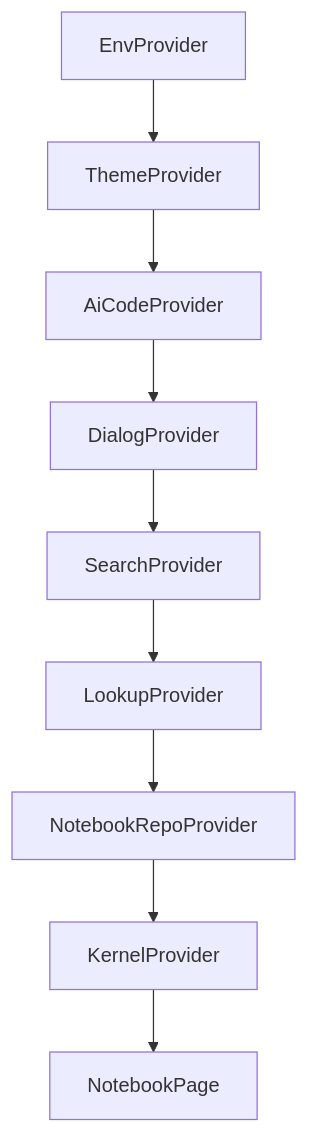
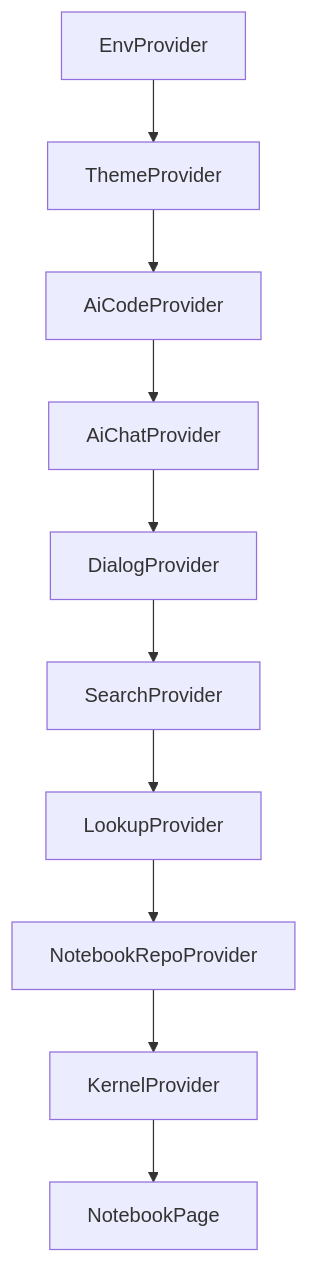
One commit to Cribl-Community/CC-notebook-app changed the second of 3 diagrams in docs/NAVIGATE.md. Above: the diagram before and after it, drawn with Mermaid. The commit also changed other lines of this file and 8 other files, not shown here.

````diff
--- a/docs/NAVIGATE.md
+++ b/docs/NAVIGATE.md
@@ -35,13 +35,14 @@
 ```mermaid
 flowchart TB
   E["EnvProvider"]
   T["ThemeProvider"]
   AC["AiCodeProvider"]
+  AH["AiChatProvider"]
   D["DialogProvider"]
   S["SearchProvider"]
   L["LookupProvider"]
   R["NotebookRepoProvider"]
   K["KernelProvider"]
   N["NotebookPage"]
-  E --> T --> AC --> D --> S --> L --> R --> K --> N
+  E --> T --> AC --> AH --> D --> S --> L --> R --> K --> N
 ```
````
